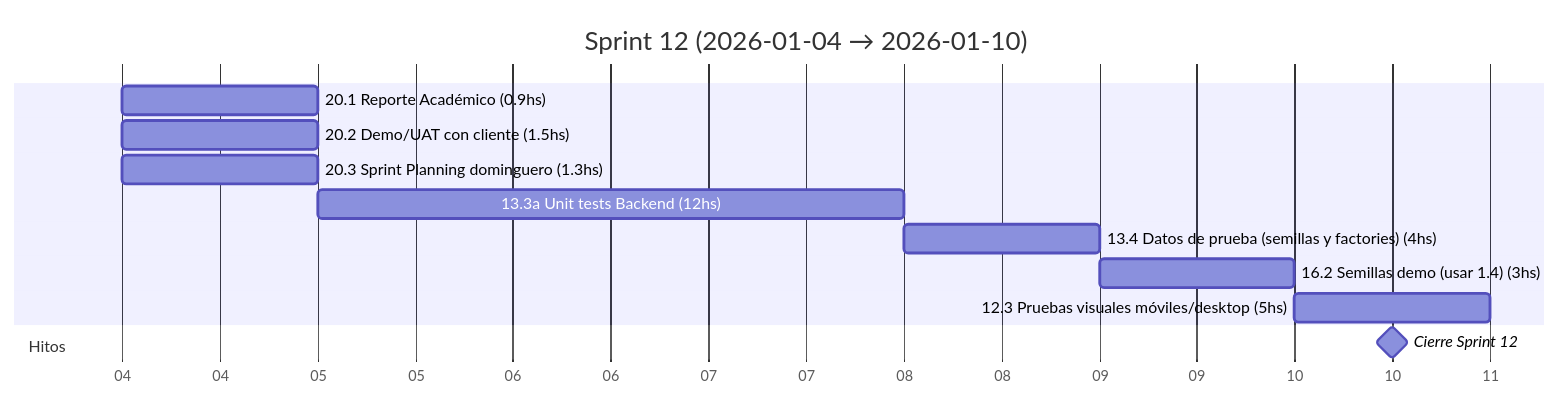
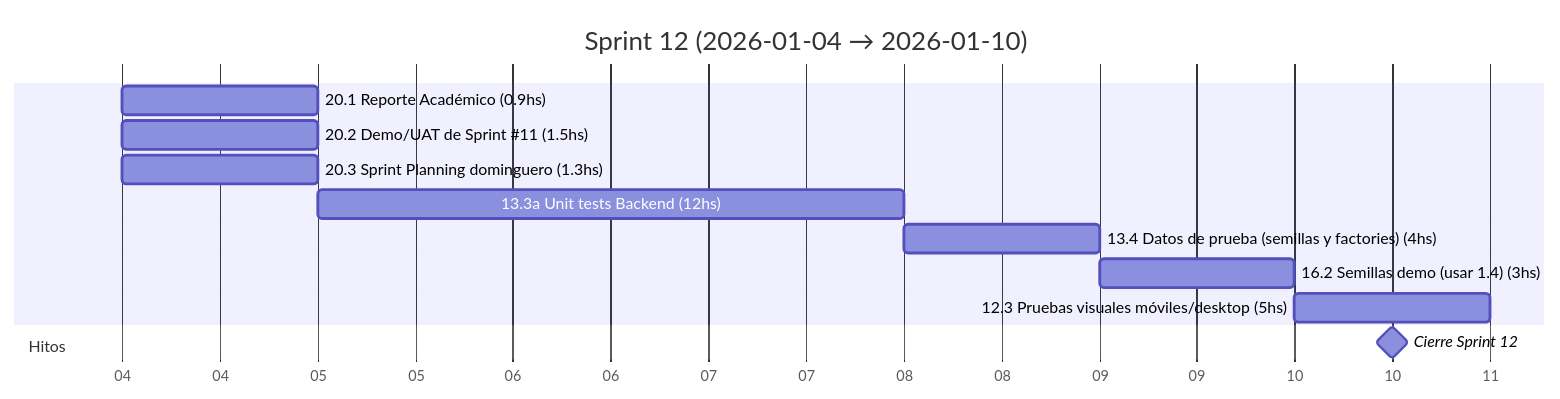
Diagram 13 of 19 in docs/SprintsGantts.md (MarkMed/FleetMan), drawn with Mermaid before and after one commit. The commit also changed other lines of this file and 2 other files, not shown here.

Commit message:
feat: Update Sprint planning for sprint 11 and update Gantt charts

````diff
--- a/docs/SprintsGantts.md
+++ b/docs/SprintsGantts.md
@@ -380,19 +384,19 @@
 ```mermaid
 gantt
   title Sprint 12 (2026-01-04 → 2026-01-10)
   dateFormat  YYYY-MM-DD
   axisFormat  %d
 
   %% Asumimos 5 h/día. Horas estimadas incluidas en el nombre.
 
   20.1 Reporte Académico (0.9hs)               :t201, 2026-01-04, 1d
-  20.2 Demo/UAT con cliente (1.5hs)            :t202, 2026-01-04, 1d
+  20.2 Demo/UAT de Sprint #11 (1.5hs)          :t202, 2026-01-04, 1d
   20.3 Sprint Planning dominguero (1.3hs)      :t203, 2026-01-04, 1d
   13.3a Unit tests Backend (12hs)              :t133a, after t203, 3d
   13.4 Datos de prueba (semillas y factories) (4hs) :t134, after t133a, 1d
   16.2 Semillas demo (usar 1.4) (3hs)          :t162, after t134, 1d
   12.3 Pruebas visuales móviles/desktop (5hs)  :t123, after t162, 1d
 
   section Hitos
   Cierre Sprint 12                             :milestone, s12, 2026-01-10, 1d
 ```
````
